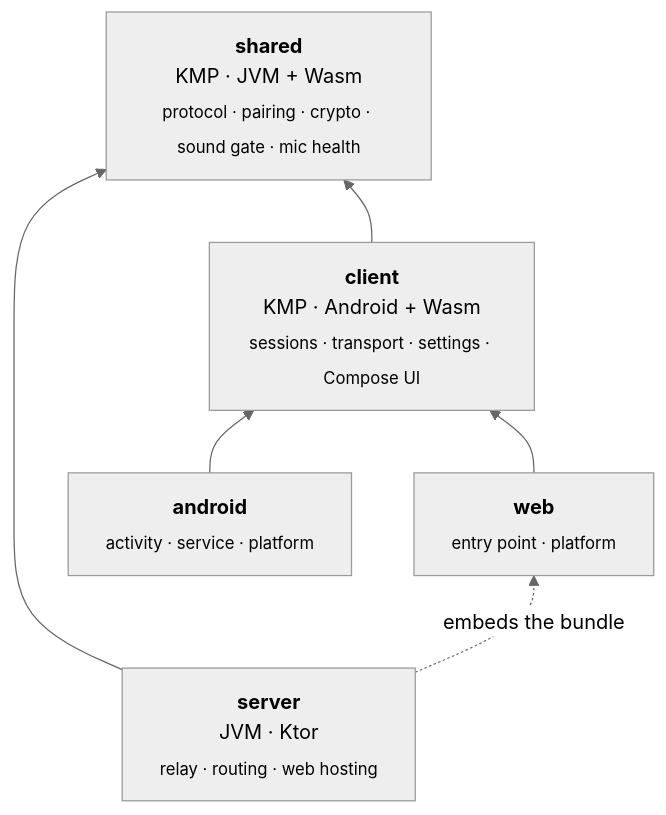
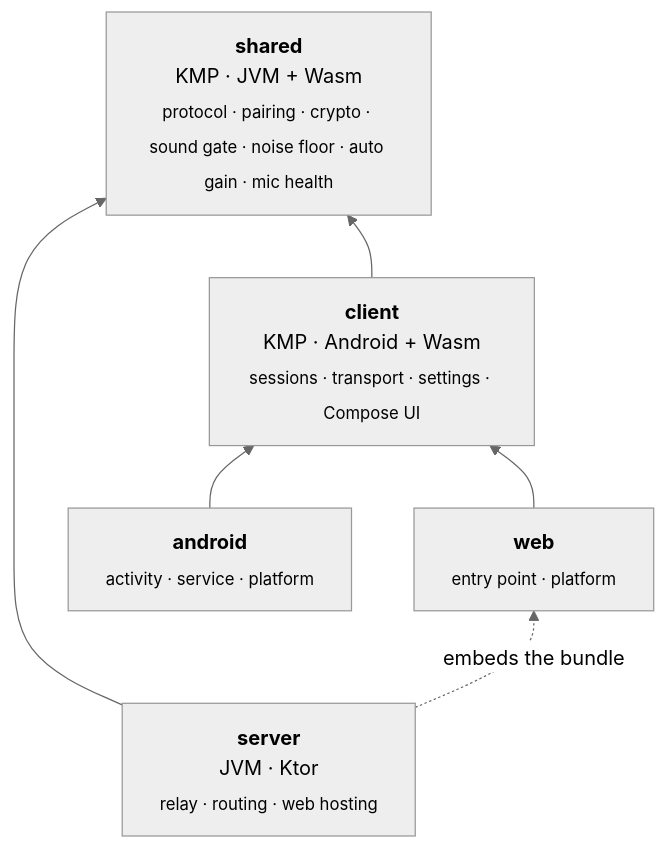
One commit to Plokkke/baby-phone changed the fourth of 6 diagrams in README.md. Above: the diagram before and after it, drawn with Mermaid (neutral theme). The commit also changed other lines of this file and 9 other files, not shown here.

````diff
--- a/README.md
+++ b/README.md
@@ -126,13 +127,13 @@
 ```mermaid
 flowchart BT
-    shared["<b>shared</b><br/>KMP · JVM + Wasm<br/><sub>protocol · pairing · crypto · sound gate · mic health</sub>"]
+    shared["<b>shared</b><br/>KMP · JVM + Wasm<br/><sub>protocol · pairing · crypto · sound gate · noise floor · auto gain · mic health</sub>"]
     server["<b>server</b><br/>JVM · Ktor<br/><sub>relay · routing · web hosting</sub>"]
     client["<b>client</b><br/>KMP · Android + Wasm<br/><sub>sessions · transport · settings · Compose UI</sub>"]
     android["<b>android</b><br/><sub>activity · service · platform</sub>"]
     web["<b>web</b><br/><sub>entry point · platform</sub>"]
     server --> shared
     client --> shared
     android --> client
     web --> client
     server -. "embeds the bundle" .-> web
 ```
````
